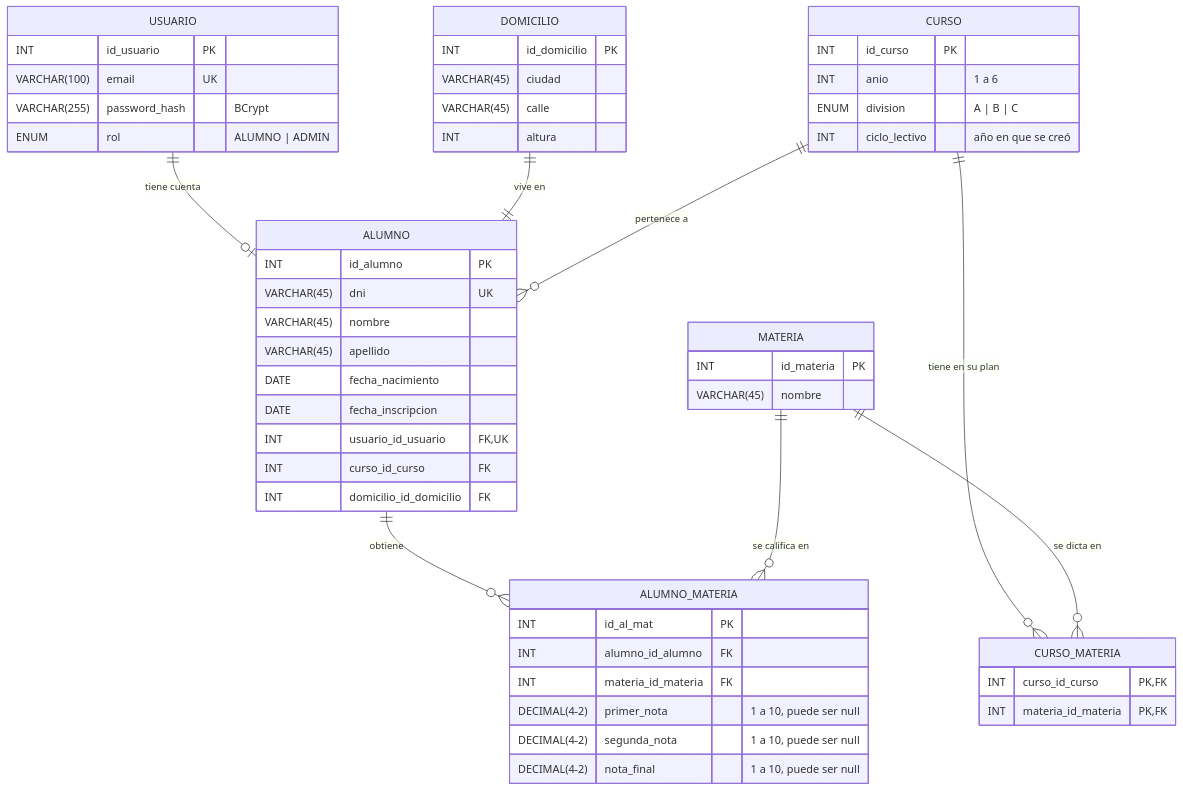
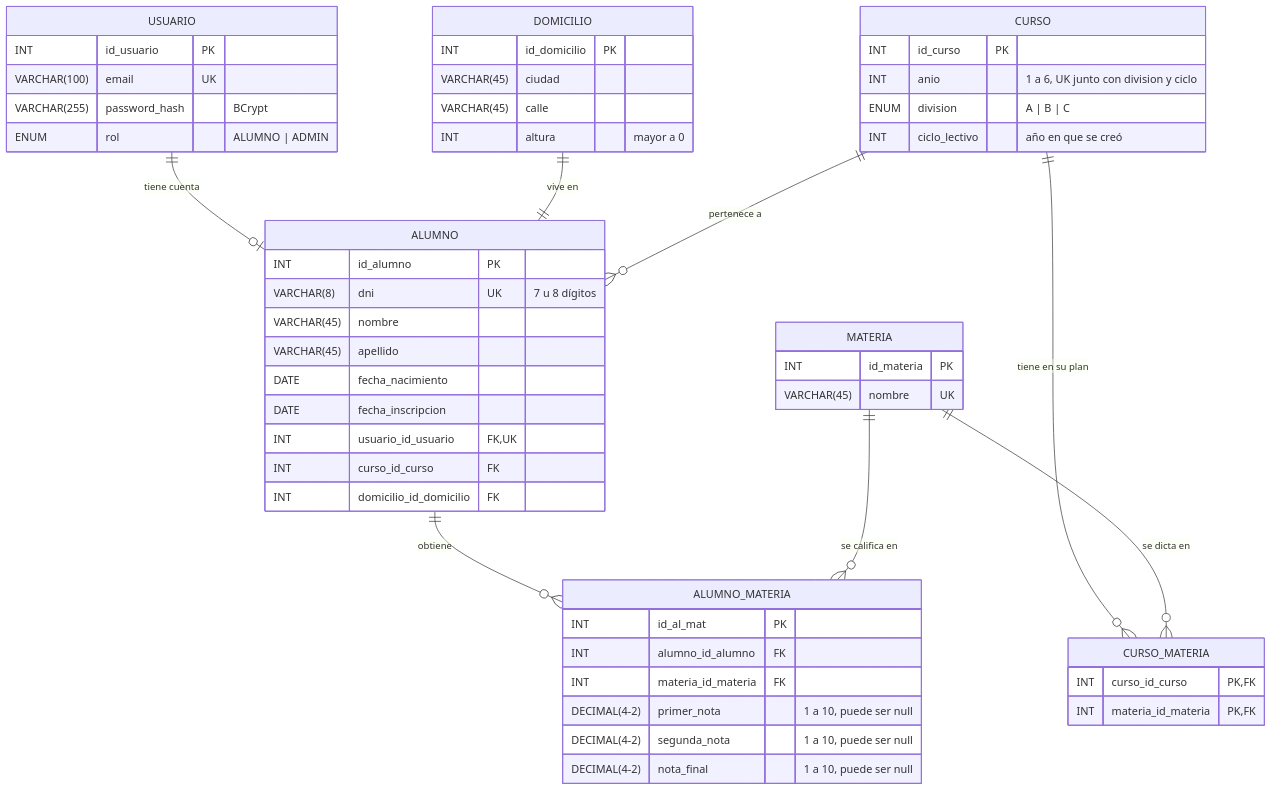
One commit to TomasEContreras/Proyecto-Programaci-n-II-2026 changed the diagram in docs/DER.md. Above: the diagram before and after it, drawn with Mermaid. The commit also changed other lines of this file and 12 other files, not shown here.

````diff
--- a/docs/DER.md
+++ b/docs/DER.md
@@ -11,56 +11,56 @@
 ```mermaid
 erDiagram
     USUARIO ||--o| ALUMNO : "tiene cuenta"
     DOMICILIO ||--|| ALUMNO : "vive en"
     CURSO ||--o{ ALUMNO : "pertenece a"
     CURSO ||--o{ CURSO_MATERIA : "tiene en su plan"
     MATERIA ||--o{ CURSO_MATERIA : "se dicta en"
     ALUMNO ||--o{ ALUMNO_MATERIA : "obtiene"
     MATERIA ||--o{ ALUMNO_MATERIA : "se califica en"
 
     USUARIO {
         INT id_usuario PK
         VARCHAR(100) email UK
         VARCHAR(255) password_hash "BCrypt"
         ENUM rol "ALUMNO | ADMIN"
     }
     ALUMNO {
         INT id_alumno PK
-        VARCHAR(45) dni UK
+        VARCHAR(8) dni UK "7 u 8 dígitos"
         VARCHAR(45) nombre
         VARCHAR(45) apellido
         DATE fecha_nacimiento
         DATE fecha_inscripcion
         INT usuario_id_usuario FK,UK
         INT curso_id_curso FK
         INT domicilio_id_domicilio FK
     }
     DOMICILIO {
         INT id_domicilio PK
         VARCHAR(45) ciudad
         VARCHAR(45) calle
-        INT altura
+        INT altura "mayor a 0"
     }
     CURSO {
         INT id_curso PK
-        INT anio "1 a 6"
+        INT anio "1 a 6, UK junto con division y ciclo"
         ENUM division "A | B | C"
         INT ciclo_lectivo "año en que se creó"
     }
     MATERIA {
         INT id_materia PK
-        VARCHAR(45) nombre
+        VARCHAR(45) nombre UK
     }
     CURSO_MATERIA {
         INT curso_id_curso PK,FK
         INT materia_id_materia PK,FK
     }
     ALUMNO_MATERIA {
         INT id_al_mat PK
         INT alumno_id_alumno FK
         INT materia_id_materia FK
         DECIMAL(4-2) primer_nota "1 a 10, puede ser null"
         DECIMAL(4-2) segunda_nota "1 a 10, puede ser null"
         DECIMAL(4-2) nota_final "1 a 10, puede ser null"
     }
 ```
````
